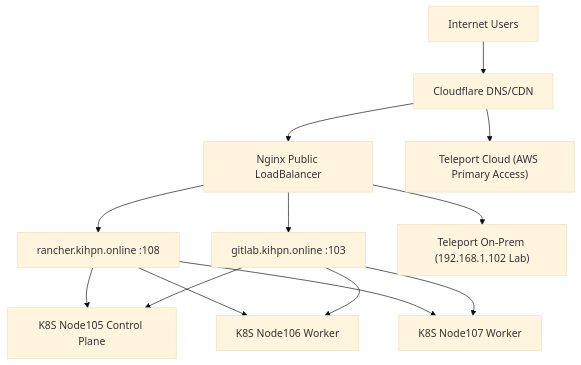
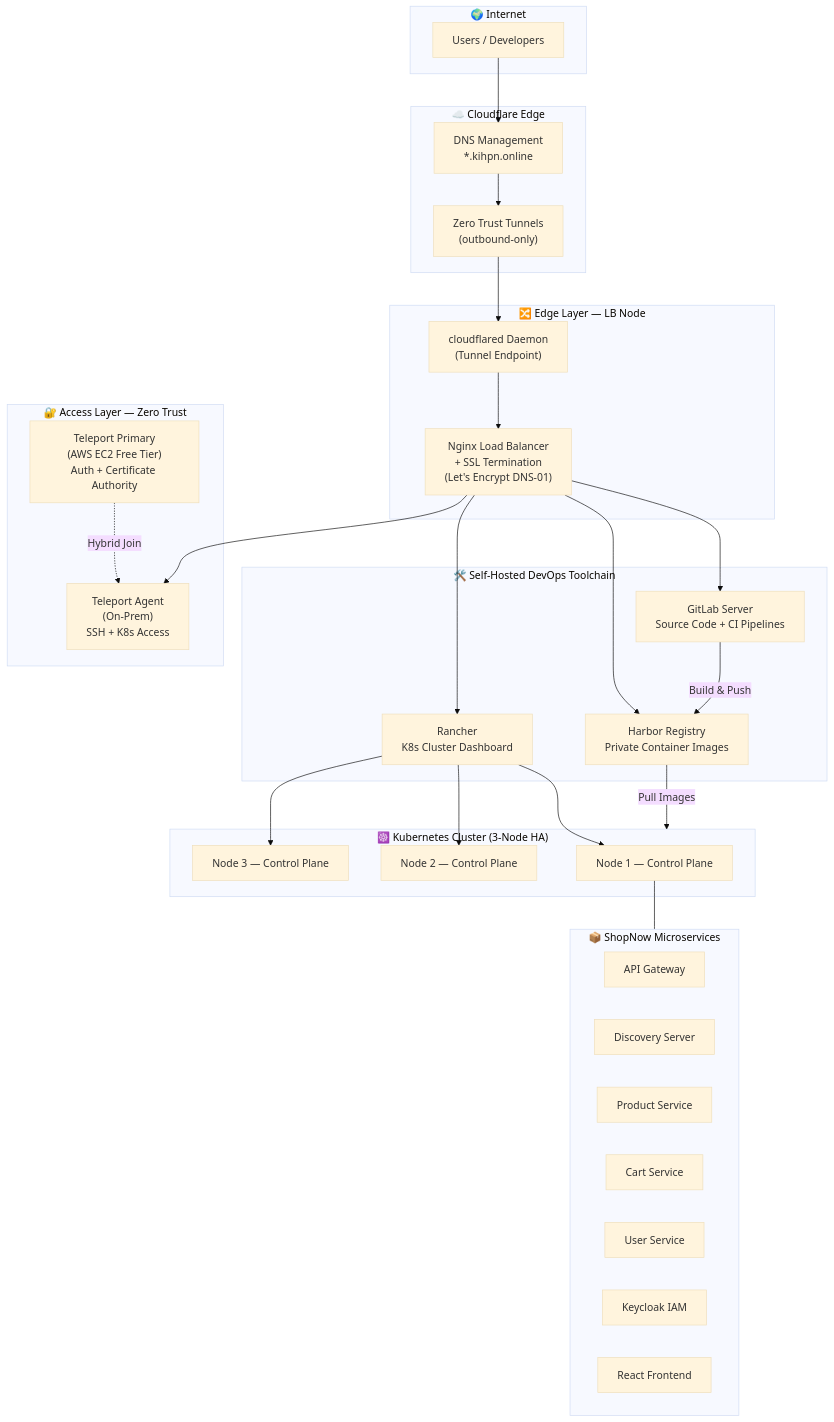
The diagram in architecture/overview.md (Mihpn/onprem-devops-platform), drawn with Mermaid (base theme) before and after one commit. The commit also changed other lines of this file and 195 other files, not shown here.

````diff
--- a/architecture/overview.md
+++ b/architecture/overview.md
@@ -3,22 +11,62 @@
 ```mermaid
-flowchart TD
-    Internet["Internet Users"] --> Cloudflare["Cloudflare DNS/CDN"]
-    Cloudflare --> LB["Nginx Public LoadBalancer"]
+flowchart TB
+    subgraph INTERNET["🌍 Internet"]
+        USER["Users / Developers"]
+    end
 
-    LB --> Rancher["rancher.kihpn.online :108"]
-    LB --> GitLab["gitlab.kihpn.online :103"]
+    subgraph CLOUDFLARE["☁️ Cloudflare Edge"]
+        CF_DNS["DNS Management\n*.kihpn.online"]
+        CF_TUNNEL["Zero Trust Tunnels\n(outbound-only)"]
+    end
 
-    %% Access Layer
-    Cloudflare --> TeleportCloud["Teleport Cloud (AWS Primary Access)"]
-    LB --> TeleportOnprem["Teleport On-Prem (192.168.1.102 Lab)"]
+    subgraph EDGE["🔀 Edge Layer — LB Node"]
+        CFD["cloudflared Daemon\n(Tunnel Endpoint)"]
+        LB["Nginx Load Balancer\n+ SSL Termination\n(Let's Encrypt DNS-01)"]
+    end
 
-    %% Kubernetes Cluster
-    Rancher --> Node105["K8S Node105 Control Plane"]
-    Rancher --> Node106["K8S Node106 Worker"]
-    Rancher --> Node107["K8S Node107 Worker"]
+    subgraph ACCESS["🔐 Access Layer — Zero Trust"]
+        TP_AWS["Teleport Primary\n(AWS EC2 Free Tier)\nAuth + Certificate Authority"]
+        TP_ONPREM["Teleport Agent\n(On-Prem)\nSSH + K8s Access"]
+    end
 
-    %% CI/CD
-    GitLab --> Node105
-    GitLab --> Node106
-    GitLab --> Node107
+    subgraph DEVTOOLS["🛠️ Self-Hosted DevOps Toolchain"]
+        GITLAB["GitLab Server\nSource Code + CI Pipelines"]
+        HARBOR["Harbor Registry\nPrivate Container Images"]
+        RANCHER["Rancher\nK8s Cluster Dashboard"]
+    end
+
+    subgraph K8S["☸️ Kubernetes Cluster (3-Node HA)"]
+        MASTER1["Node 1 — Control Plane"]
+        MASTER2["Node 2 — Control Plane"]
+        MASTER3["Node 3 — Control Plane"]
+    end
+
+    subgraph APP["📦 ShopNow Microservices"]
+        direction LR
+        GW["API Gateway"]
+        DS["Discovery Server"]
+        PS["Product Service"]
+        CS["Cart Service"]
+        US["User Service"]
+        KC["Keycloak IAM"]
+        FE["React Frontend"]
+    end
+
+    USER --> CF_DNS --> CF_TUNNEL --> CFD --> LB
+
+    LB --> GITLAB
+    LB --> HARBOR
+    LB --> RANCHER
+    LB --> TP_ONPREM
+
+    TP_AWS -.->|"Hybrid Join"| TP_ONPREM
+
+    RANCHER --> MASTER1
+    RANCHER --> MASTER2
+    RANCHER --> MASTER3
+
+    GITLAB -->|"Build & Push"| HARBOR
+    HARBOR -->|"Pull Images"| K8S
+
+    MASTER1 --- APP
 ```
````
